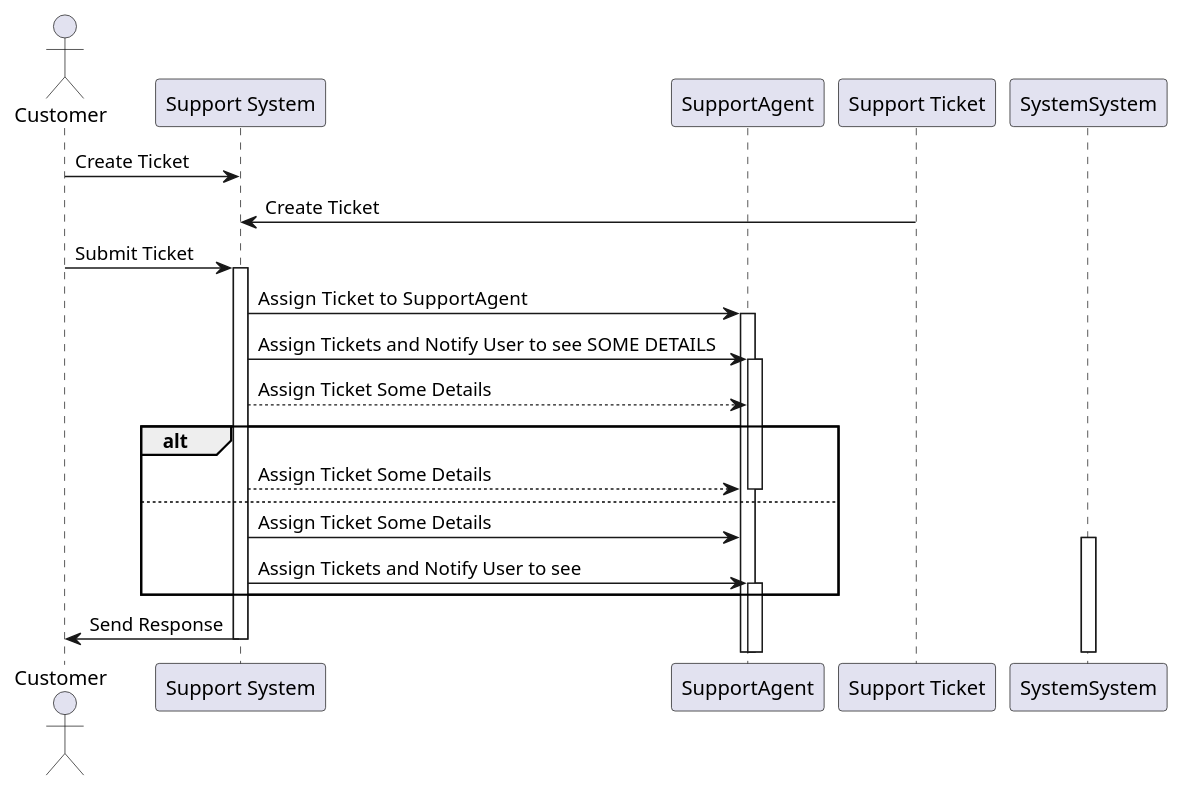
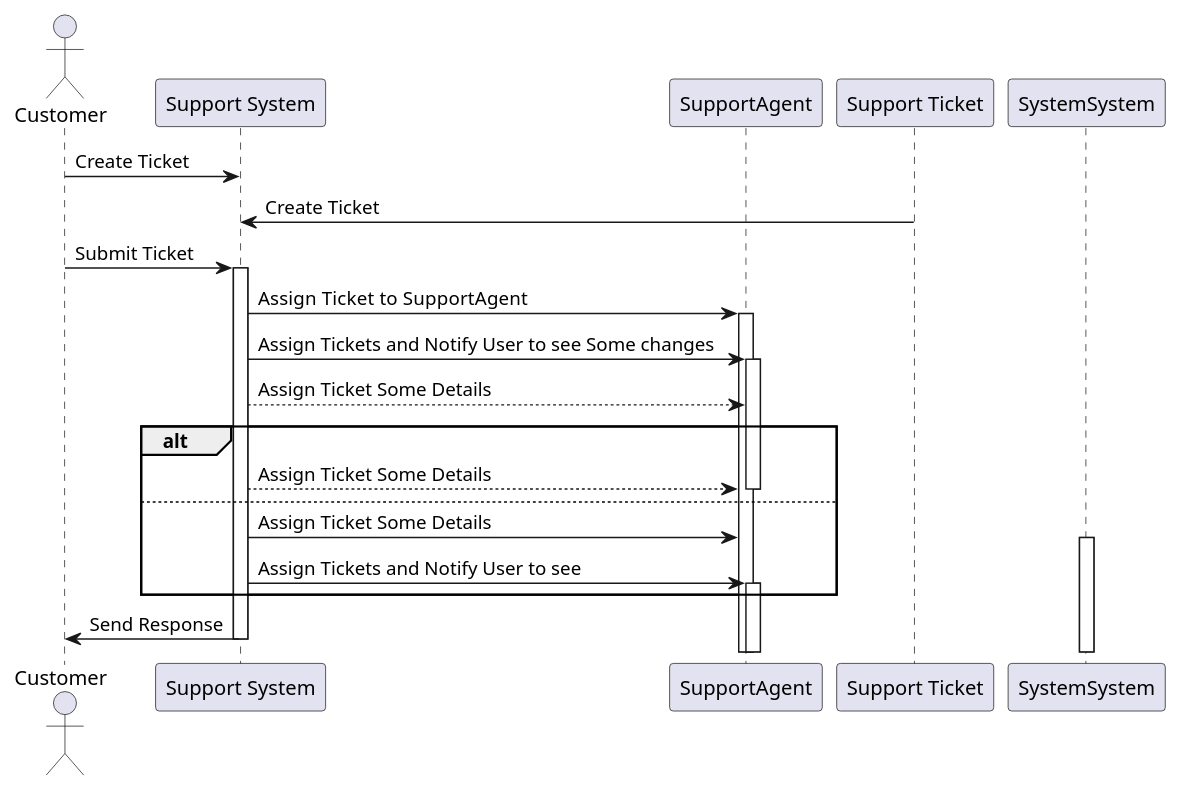
One commit to alladin7000/alladin7000.github.io changed the diagram in diagrams/s.puml. Above: the diagram before and after it, drawn with PlantUML.

```diff
--- a/diagrams/s.puml
+++ b/diagrams/s.puml
@@ -1,28 +1,28 @@
 @startuml
 actor Customer
 participant "Support System" as System
 participant "SupportAgent"
 participant "Support Ticket" as Ticket
 Customer -> System : Create Ticket
 Ticket -> System : Create Ticket
 Customer -> System : Submit Ticket
 activate System
 
 System -> SupportAgent : Assign Ticket  to SupportAgent
 activate SupportAgent
 
-System -> SupportAgent : Assign Tickets and Notify User to see SOME DETAILS 
+System -> SupportAgent : Assign Tickets and Notify User to see Some changes 
 activate SupportAgent
 System --> SupportAgent : Assign Ticket Some Details
 alt
 System --> SupportAgent : Assign Ticket Some Details
 deactivate SupportAgent
 else
 System -> SupportAgent : Assign Ticket Some Details
 activate SystemSystem
 System -> SupportAgent : Assign Tickets and Notify User to see 
 activate SupportAgent
 end
 System -> Customer : Send Response
 deactivate System
 @enduml
```
